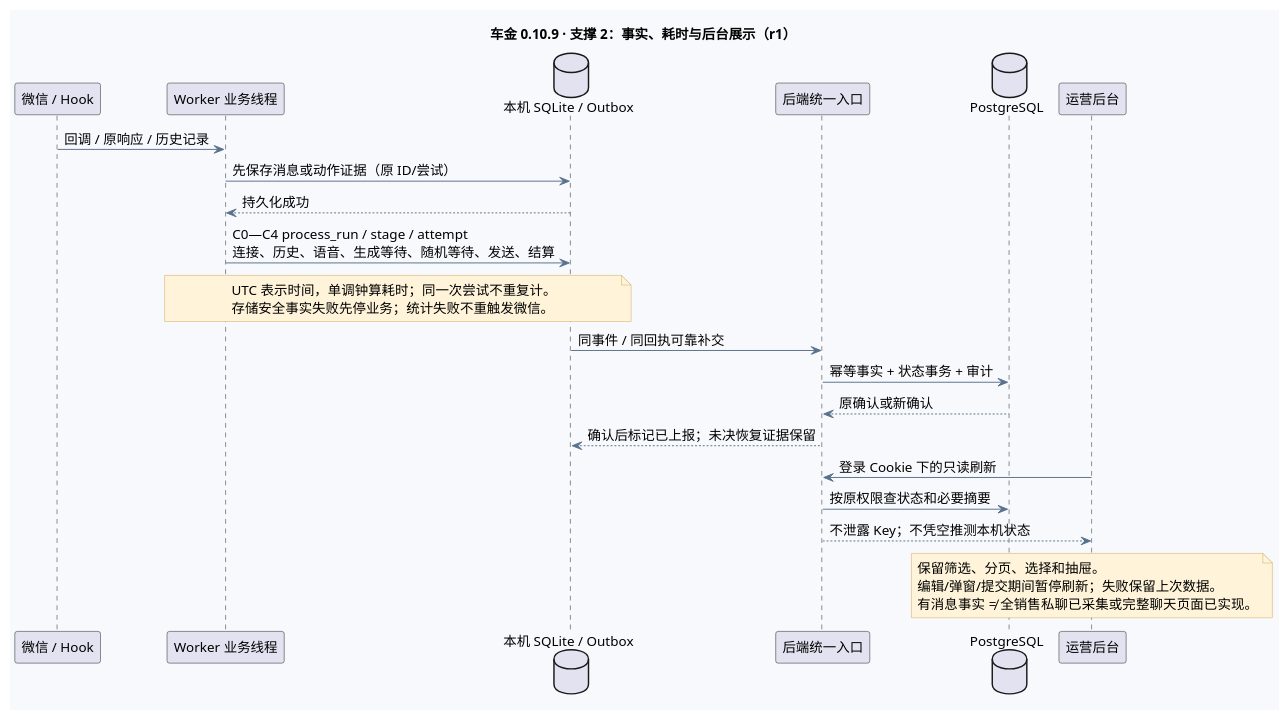
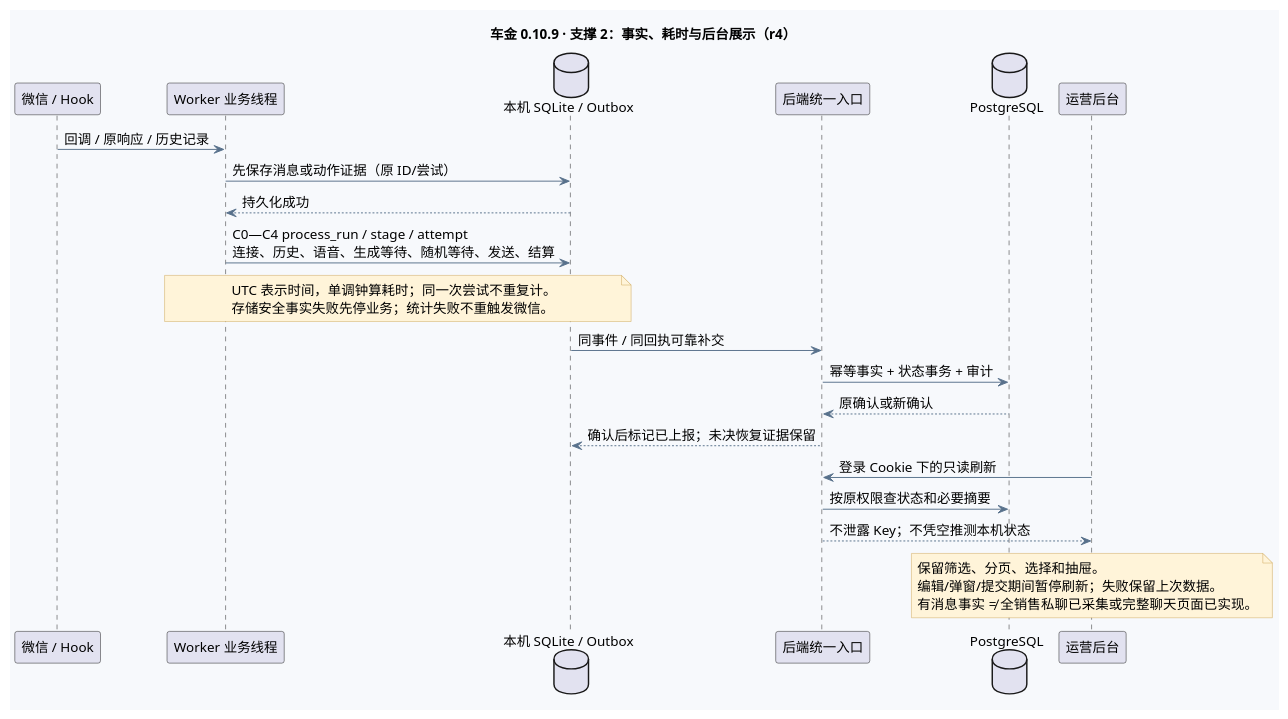
The third of 6 diagrams in deliverables/AI智能客服售前跟进系统_全流程图_v0.10.9.puml (edwardzhang0304/chejin-ai-sales), drawn with PlantUML before and after one commit. The commit also changed other lines of this file and 13 other files, not shown here.

```diff
--- a/deliverables/AI智能客服售前跟进系统_全流程图_v0.10.9.puml
+++ b/deliverables/AI智能客服售前跟进系统_全流程图_v0.10.9.puml
@@ -248,41 +252,41 @@
 @startuml evidence
 !pragma layout smetana
 skinparam defaultFontName "PingFang SC"
 skinparam defaultFontSize 14
 skinparam backgroundColor #F7F9FC
 skinparam shadowing false
 skinparam activityBackgroundColor #FFFFFF
 skinparam activityBorderColor #58718C
 skinparam activityDiamondBackgroundColor #E8F2FE
 skinparam activityDiamondBorderColor #58718C
 skinparam ArrowColor #58718C
 skinparam noteBackgroundColor #FFF4D9
 skinparam noteBorderColor #CDA556
-title 车金 0.10.9 · 支撑 2：事实、耗时与后台展示（r1）
+title 车金 0.10.9 · 支撑 2：事实、耗时与后台展示（r4）
 participant "微信 / Hook" as H
 participant "Worker 业务线程" as W
 database "本机 SQLite / Outbox" as L
 participant "后端统一入口" as B
 database "PostgreSQL" as D
 participant "运营后台" as U
 H -> W : 回调 / 原响应 / 历史记录
 W -> L : 先保存消息或动作证据（原 ID/尝试）
 L --> W : 持久化成功
 W -> L : C0—C4 process_run / stage / attempt\n连接、历史、语音、生成等待、随机等待、发送、结算
 note over W,L
 UTC 表示时间，单调钟算耗时；同一次尝试不重复计。
 存储安全事实失败先停业务；统计失败不重触发微信。
 end note
 L -> B : 同事件 / 同回执可靠补交
 B -> D : 幂等事实 + 状态事务 + 审计
 D --> B : 原确认或新确认
 B --> L : 确认后标记已上报；未决恢复证据保留
 U -> B : 登录 Cookie 下的只读刷新
 B -> D : 按原权限查状态和必要摘要
 B --> U : 不泄露 Key；不凭空推测本机状态
 note over U
 保留筛选、分页、选择和抽屉。
 编辑/弹窗/提交期间暂停刷新；失败保留上次数据。
 有消息事实 ≠ 全销售私聊已采集或完整聊天页面已实现。
 end note
 @enduml
```
